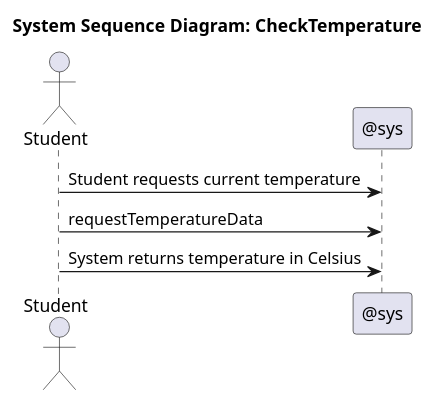
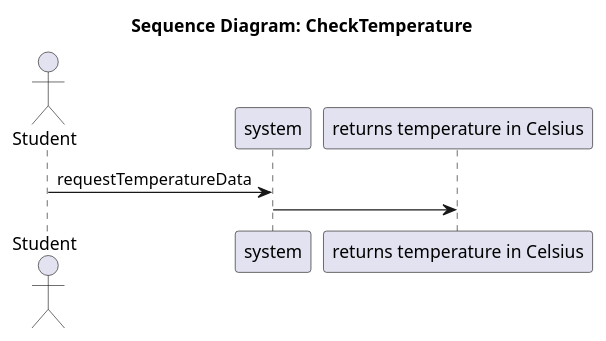
One commit to SEP4Real/SEP4 changed the diagram in Documentation/Analysis/ssds/StudyHelper_CheckTemperature.ssd.puml. Above: the diagram before and after it, drawn with PlantUML. The commit also changed 46 other files, not shown here.

```diff
--- a/Documentation/Analysis/ssds/StudyHelper_CheckTemperature.ssd.puml
+++ b/Documentation/Analysis/ssds/StudyHelper_CheckTemperature.ssd.puml
@@ -1,8 +1,9 @@
-@startuml StudyHelper_CheckTemperature_SSD
-title System Sequence Diagram: CheckTemperature
+@startuml
+title Sequence Diagram: CheckTemperature
 actor "Student" as Actor
-participant "@sys" as System
-Actor -> System : Student requests current temperature
+participant "system" as System
+participant "returns temperature in Celsius" as returns_temperature_in_Celsius
+
 Actor -> System : requestTemperatureData
-Actor -> System : System returns temperature in Celsius
+System -> returns_temperature_in_Celsius : 
 @enduml
```
